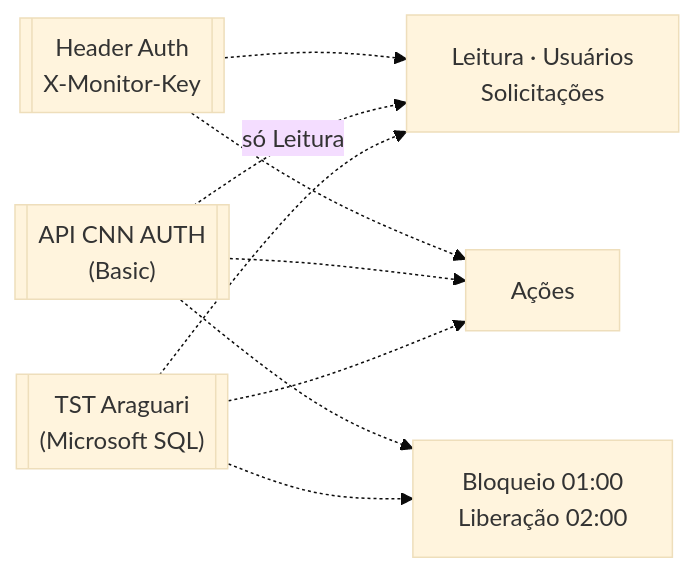
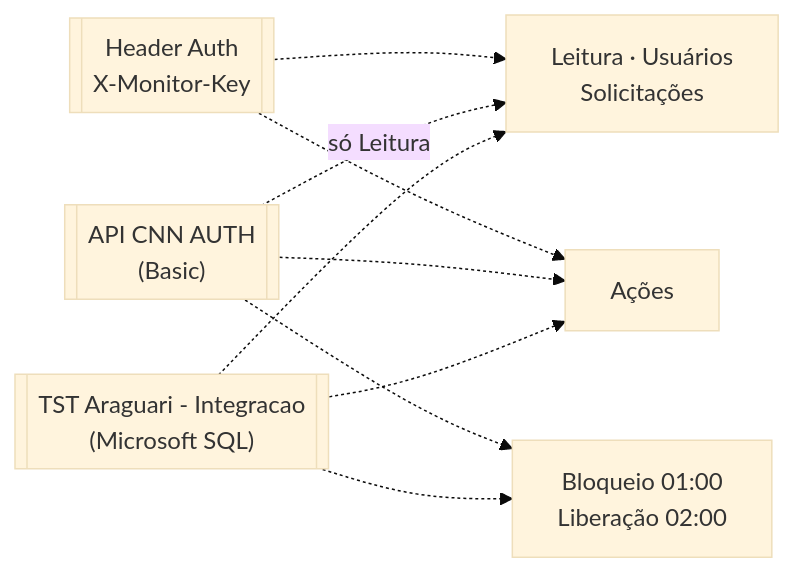
One commit to clariens/painel-integracao-desbloqueio-CNN-web changed the second of 6 diagrams in docs/arquitetura.md. Above: the diagram before and after it, drawn with Mermaid (base theme). The commit also changed other lines of this file and 95 other files, not shown here.

````diff
--- a/docs/arquitetura.md
+++ b/docs/arquitetura.md
@@ -70,17 +72,17 @@
 ```mermaid
 flowchart LR
     HK[["Header Auth<br/>X-Monitor-Key"]]
     C1[["API CNN AUTH<br/>(Basic)"]]
-    C2[["TST Araguari<br/>(Microsoft SQL)"]]
+    C2[["TST Araguari - Integracao<br/>(Microsoft SQL)"]]
     W["Leitura · Usuários<br/>Solicitações"]
     A["Ações"]
     R["Bloqueio 01:00<br/>Liberação 02:00"]
     HK -.-> W
     HK -.-> A
     C1 -.-> A
     C1 -.-> R
     C1 -. "só Leitura" .-> W
     C2 -.-> W
     C2 -.-> A
     C2 -.-> R
 ```
````
